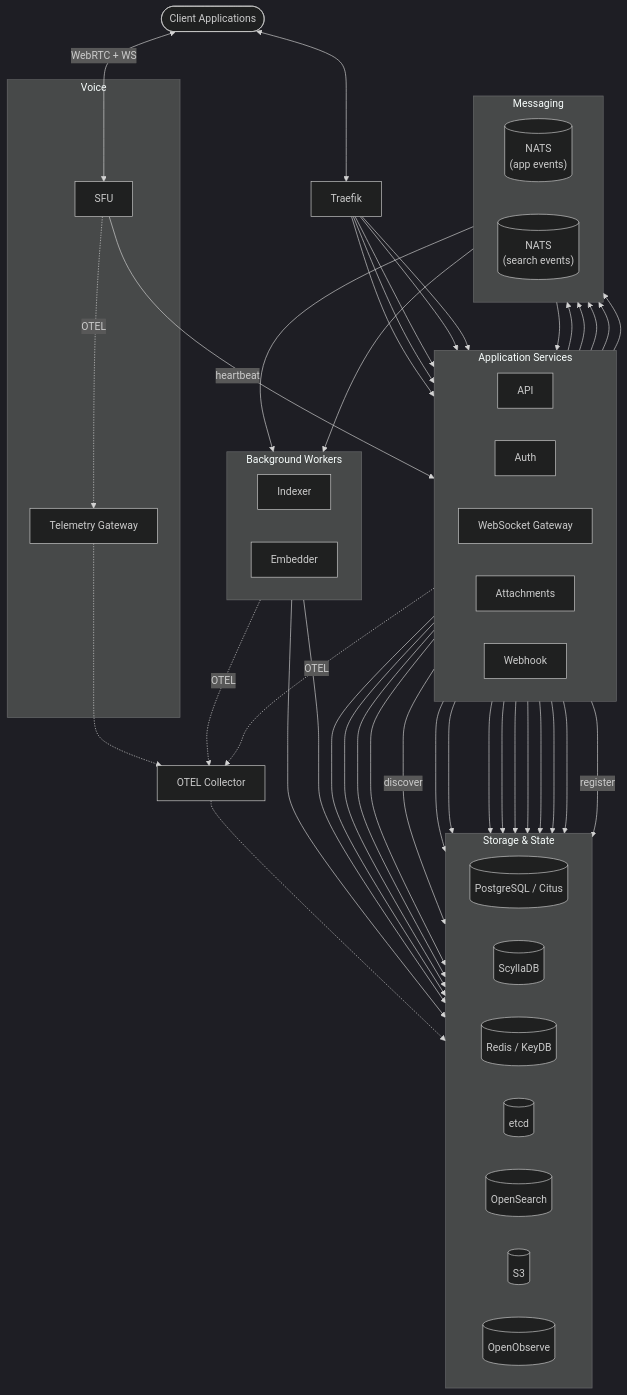
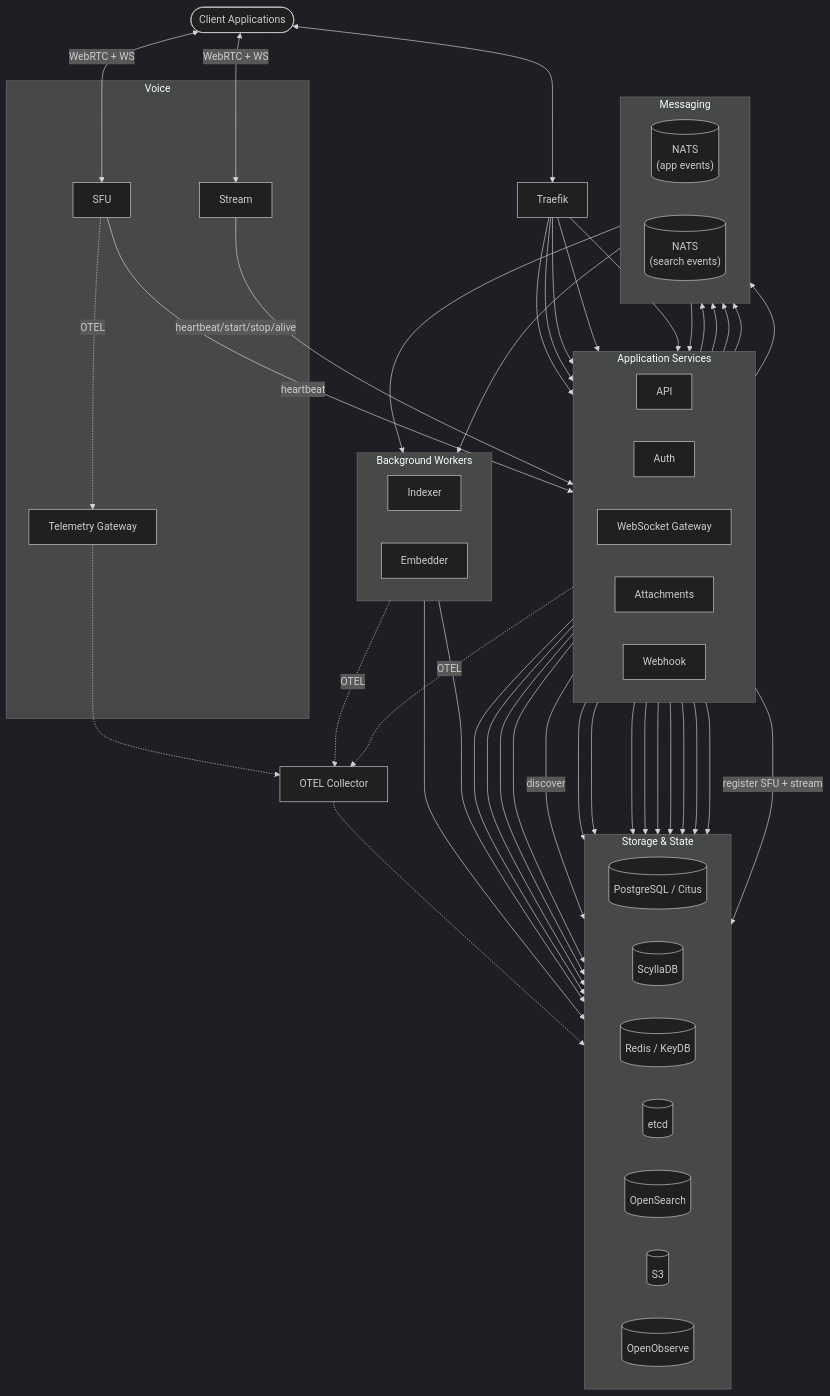
One commit to FlameInTheDark/gochat changed the diagram in docs/project/Architecture.md. Above: the diagram before and after it, drawn with Mermaid. The commit also changed other lines of this file and 12 other files, not shown here.

````diff
--- a/docs/project/Architecture.md
+++ b/docs/project/Architecture.md
@@ -7,79 +7,82 @@
 ```mermaid
 ---
 config:
   theme: dark
 ---
 flowchart TD
     Client(["Client Applications"])
     Traefik["Traefik"]
 
     subgraph services["Application Services"]
         direction LR
         API["API"]
         Auth["Auth"]
         WS["WebSocket Gateway"]
         Attachments["Attachments"]
         Webhook["Webhook"]
     end
 
     subgraph messaging["Messaging"]
         direction LR
         NATS[("NATS\n(app events)")]
         NATS_S[("NATS\n(search events)")]
     end
 
     subgraph workers["Background Workers"]
         direction LR
         Indexer["Indexer"]
         Embedder["Embedder"]
     end
 
     subgraph storage["Storage & State"]
         direction LR
         PG[("PostgreSQL / Citus")]
         Scylla[("ScyllaDB")]
         KeyDB[("Redis / KeyDB")]
         etcd[("etcd")]
         OS[("OpenSearch")]
         S3[("S3")]
         OO[("OpenObserve")]
     end
 
     subgraph voice["Voice"]
         SFU["SFU"]
+        Stream["Stream"]
         TG["Telemetry Gateway"]
     end
 
     Collector["OTEL Collector"]
 
     Client <--> Traefik
     Traefik --> API & Auth & WS & Attachments & Webhook
 
     API --> NATS
     WS --> NATS
     Attachments --> NATS
     Webhook --> NATS
     NATS --> WS & Embedder
 
     API --> NATS_S
     NATS_S --> Indexer
 
     API --> PG & Scylla & KeyDB & OS
     API -- "discover" --> etcd
     Auth --> PG & KeyDB
     WS --> PG & Scylla & KeyDB
     Attachments --> PG & Scylla & S3
     Webhook --> Scylla
-    Webhook -- "register" --> etcd
+    Webhook -- "register SFU + stream" --> etcd
 
     Indexer --> OS
     Embedder --> Scylla
 
     Client <-- "WebRTC + WS" --> SFU
+    Client <-- "WebRTC + WS" --> Stream
     SFU -- "heartbeat" --> Webhook
+    Stream -- "heartbeat/start/stop/alive" --> Webhook
 
     services & workers -. "OTEL" .-> Collector
     SFU -. "OTEL" .-> TG
     TG -.-> Collector
     Collector -.-> OO
 ```
````
